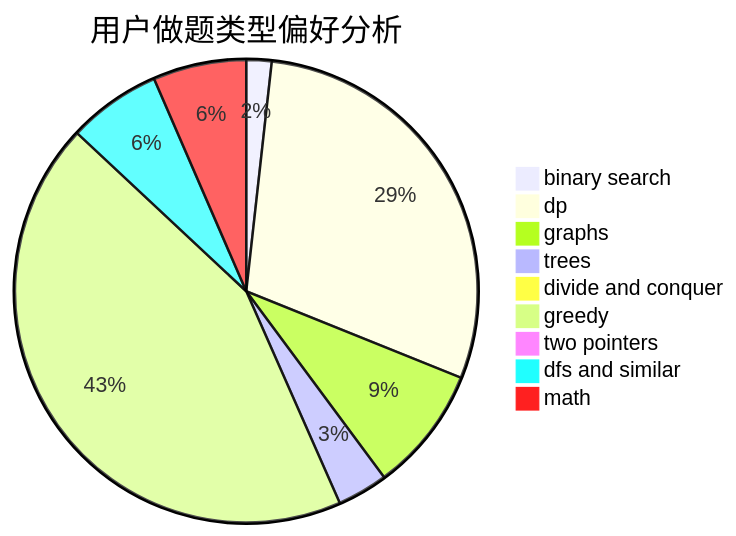
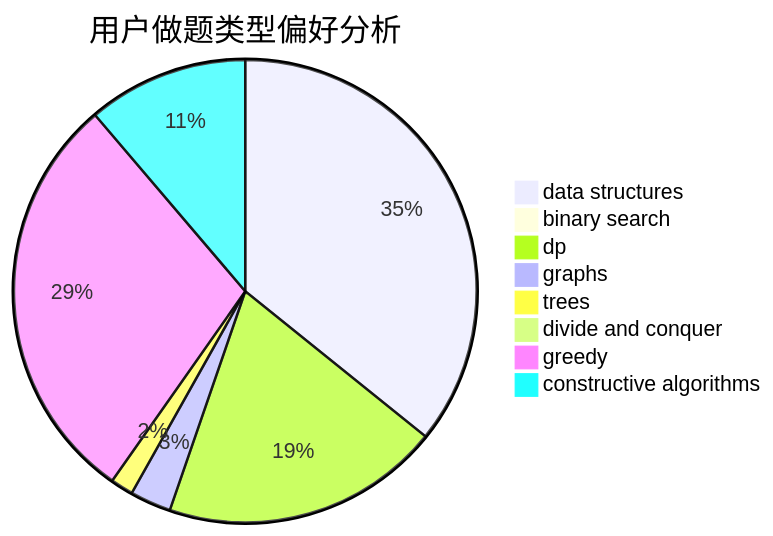
The second of 3 diagrams in docs/user/u1039.md (sherpahu/cfrs.github.io), drawn with Mermaid before and after one commit. The commit also changed other lines of this file and 2775 other files, not shown here.

````diff
--- a/docs/user/u1039.md
+++ b/docs/user/u1039.md
@@ -23,12 +23,11 @@
 ```mermaid
 pie title 用户做题类型偏好分析
-    "binary search" :  26
-    "dp" :  432
-    "graphs" :  129
-    "trees" :  52
-    "divide and conquer" :  12
-    "greedy" :  642
-    "two pointers" :  9
-    "dfs and similar" :  96
-    "math" :  96
+    "data structures" :  698
+    "binary search" :  12
+    "dp" :  380
+    "graphs" :  56
+    "trees" :  31
+    "divide and conquer" :  8
+    "greedy" :  566
+    "constructive algorithms" :  219
 ```
````
